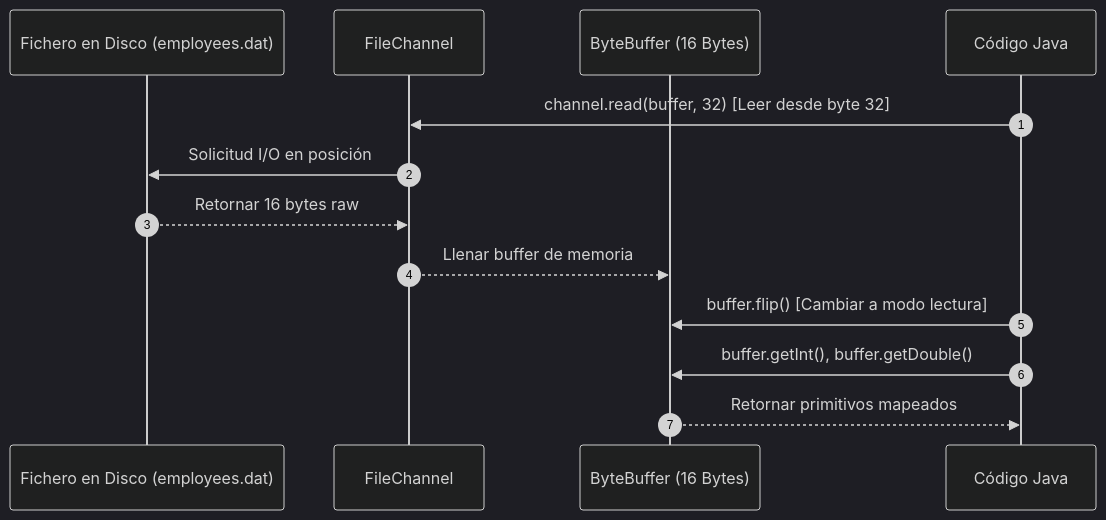
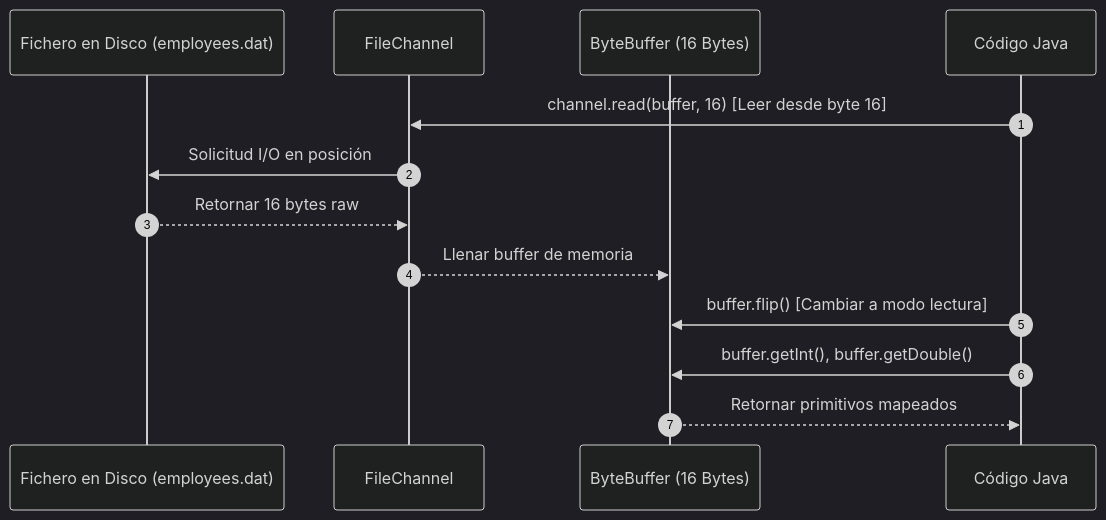
Before and after one commit to fencgut961/AAD_26_27: diagram 18 of 24 in RA1/ra1-manejo-ficheros.md, drawn with Mermaid (dark theme).

Commit message:
Update read operation to read 16 bytes instead of 32

````diff
--- a/RA1/ra1-manejo-ficheros.md
+++ b/RA1/ra1-manejo-ficheros.md
@@ -653,16 +653,16 @@
 ```mermaid
 sequenceDiagram
     autonumber
     participant Disk as Fichero en Disco (employees.dat)
     participant Channel as FileChannel
     participant Buffer as ByteBuffer (16 Bytes)
     participant Java as Código Java
 
-    Java->>Channel: channel.read(buffer, 32) [Leer desde byte 32]
+    Java->>Channel: channel.read(buffer, 16) [Leer desde byte 16]
     Channel->>Disk: Solicitud I/O en posición
     Disk-->>Channel: Retornar 16 bytes raw
     Channel-->>Buffer: Llenar buffer de memoria
     Java->>Buffer: buffer.flip() [Cambiar a modo lectura]
     Java->>Buffer: buffer.getInt(), buffer.getDouble()
     Buffer-->>Java: Retornar primitivos mapeados
 ```
````
